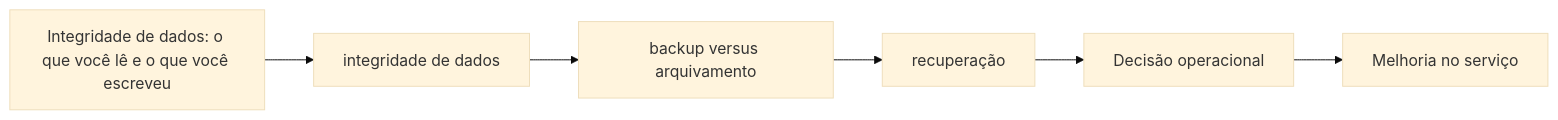
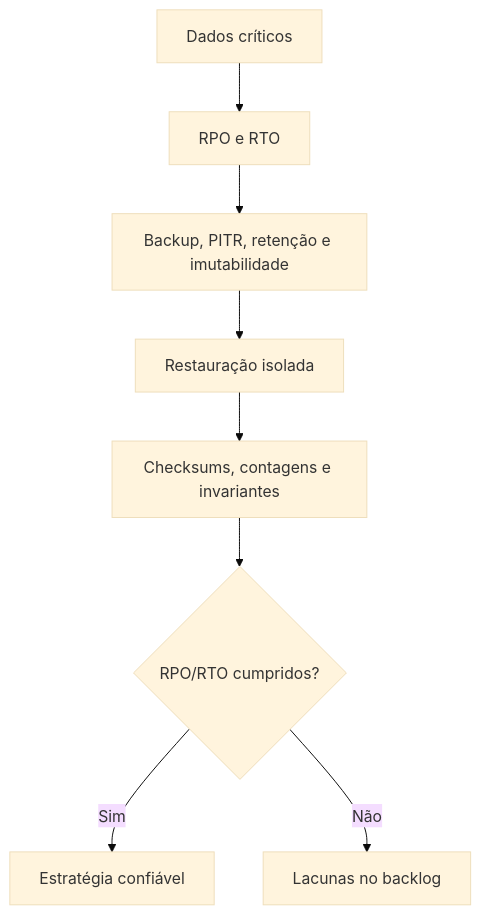
The diagram in docs/capitulos/capitulo-17.md (rafaelrezo/curso-engenharia-confiabilidade), drawn with Mermaid (base theme) before and after one commit. The commit also changed other lines of this file and 31 other files, not shown here.

````diff
--- a/docs/capitulos/capitulo-17.md
+++ b/docs/capitulos/capitulo-17.md
@@ -109,8 +144,10 @@
 ```mermaid
-flowchart LR
-    Tema["Integridade de dados: o que você lê e o que você escreveu"] --> C1["integridade de dados"]
-    C1 --> C2["backup versus arquivamento"]
-    C2 --> C3["recuperação"]
-    C3 --> Decisao["Decisão operacional"]
-    Decisao --> Acao["Melhoria no serviço"]
+flowchart TD
+    Dados["Dados críticos"] --> Objetivos["RPO e RTO"]
+    Objetivos --> Protecao["Backup, PITR, retenção e imutabilidade"]
+    Protecao --> Restore["Restauração isolada"]
+    Restore --> Validacao["Checksums, contagens e invariantes"]
+    Validacao --> Evidencia{"RPO/RTO cumpridos?"}
+    Evidencia -->|Sim| Confiavel["Estratégia confiável"]
+    Evidencia -->|Não| Backlog["Lacunas no backlog"]
 ```
````
